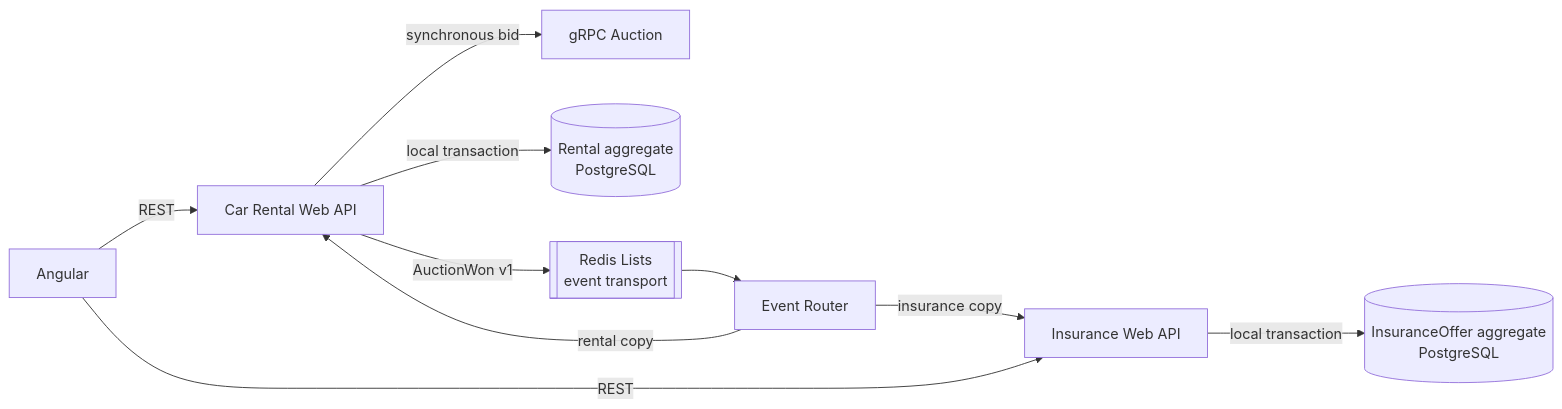
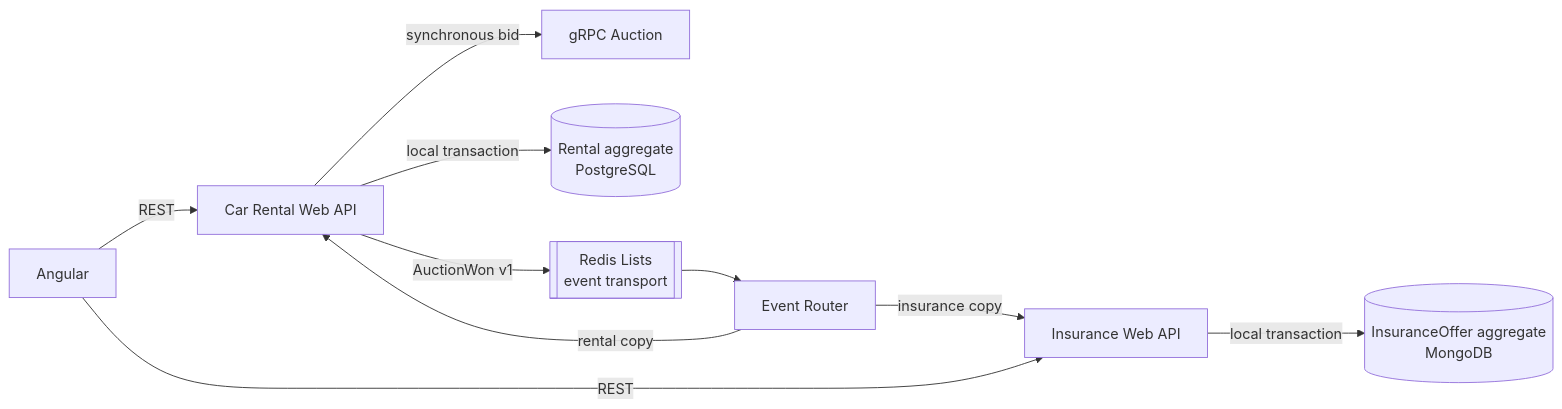
The fourth of 11 diagrams in training/modules/07-nosql-foundations/slides.qmd (charroux/rentalservice), drawn with Mermaid before and after one commit. The commit also changed other lines of this file and 68 other files, not shown here.

Commit message:
Add MongoDB aggregate store and rental projection

````diff
--- a/training/modules/07-nosql-foundations/slides.qmd
+++ b/training/modules/07-nosql-foundations/slides.qmd
@@ -168,21 +171,21 @@
 ```{mermaid}
 flowchart LR
     UI[Angular]
     RentalWeb[Car Rental Web API]
     InsuranceWeb[Insurance Web API]
     Auction[gRPC Auction]
     Redis[[Redis Lists<br/>event transport]]
     Router[Event Router]
     RentalState[(Rental aggregate<br/>PostgreSQL)]
-    InsuranceState[(InsuranceOffer aggregate<br/>PostgreSQL)]
+    InsuranceState[(InsuranceOffer aggregate<br/>MongoDB)]
 
     UI -->|REST| RentalWeb
     UI -->|REST| InsuranceWeb
     RentalWeb -->|synchronous bid| Auction
     RentalWeb -->|local transaction| RentalState
     RentalWeb -->|AuctionWon v1| Redis
     Redis --> Router
     Router -->|rental copy| RentalWeb
     Router -->|insurance copy| InsuranceWeb
     InsuranceWeb -->|local transaction| InsuranceState
 ```
````
